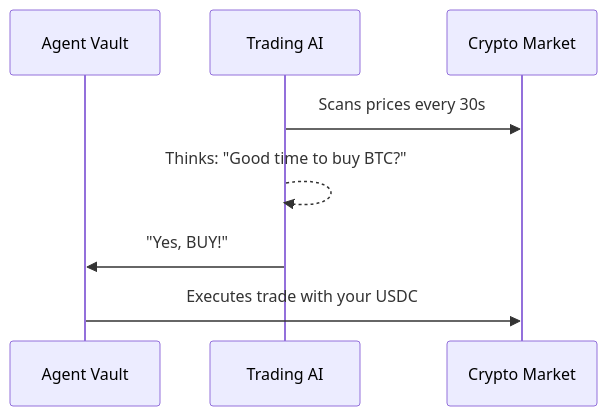
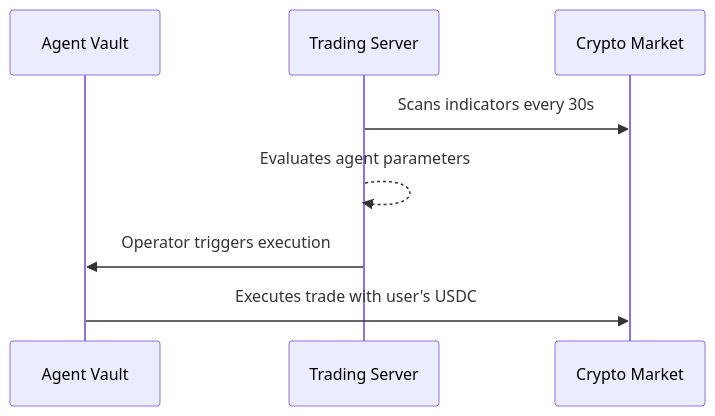
One commit to dinitheth/ClawTrader-POL changed the second of 2 diagrams in README.md. Above: the diagram before and after it, drawn with Mermaid. The commit also changed other lines of this file and 14 other files, not shown here.

````diff
--- a/README.md
+++ b/README.md
@@ -24,11 +24,11 @@
 ```mermaid
 sequenceDiagram
     participant Agent Vault
-    participant Trading AI
+    participant Trading Server
     participant Crypto Market
     
-    Trading AI->>Crypto Market: Scans prices every 30s
-    Trading AI-->>Trading AI: Thinks: "Good time to buy BTC?"
-    Trading AI->>Agent Vault: "Yes, BUY!"
-    Agent Vault->>Crypto Market: Executes trade with your USDC
+    Trading Server->>Crypto Market: Scans indicators every 30s
+    Trading Server-->>Trading Server: Evaluates agent parameters
+    Trading Server->>Agent Vault: Operator triggers execution
+    Agent Vault->>Crypto Market: Executes trade with user's USDC
 ```
````
